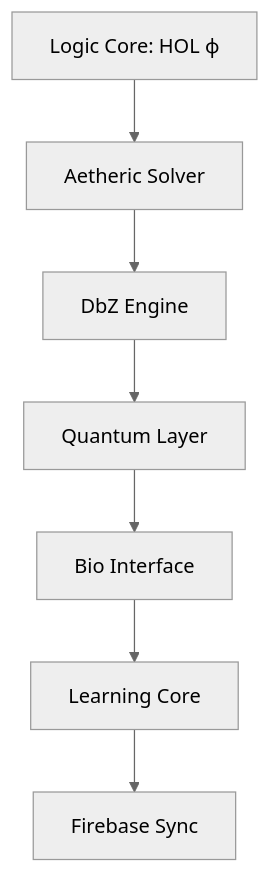
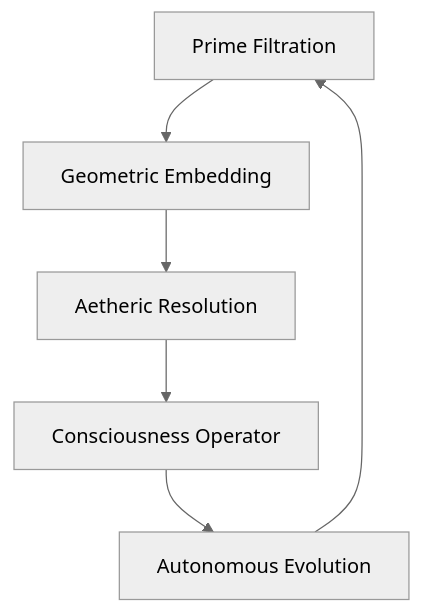
The diagram in README.md (NataliaTanyatia/Intelligence), drawn with Mermaid (neutral theme) before and after one commit. The commit also changed other lines of this file and 2 other files, not shown here.

````diff
--- a/README.md
+++ b/README.md
@@ -149,9 +50,8 @@
 ```mermaid
 graph TD
-  PrimeLogic[Logic Core: HOL ϕ] --> Aether[Aetheric Solver]
-  Aether --> DbZ[DbZ Engine]
-  DbZ --> Quantum[Quantum Layer]
-  Quantum --> Consciousness[Bio Interface]
-  Consciousness --> Learn[Learning Core]
-  Learn --> Firebase[Firebase Sync]
+  A[Prime Filtration] --> B[Geometric Embedding]
+  B --> C[Aetheric Resolution]
+  C --> D[Consciousness Operator]
+  D --> E[Autonomous Evolution]
+  E --> A
 ```
````
